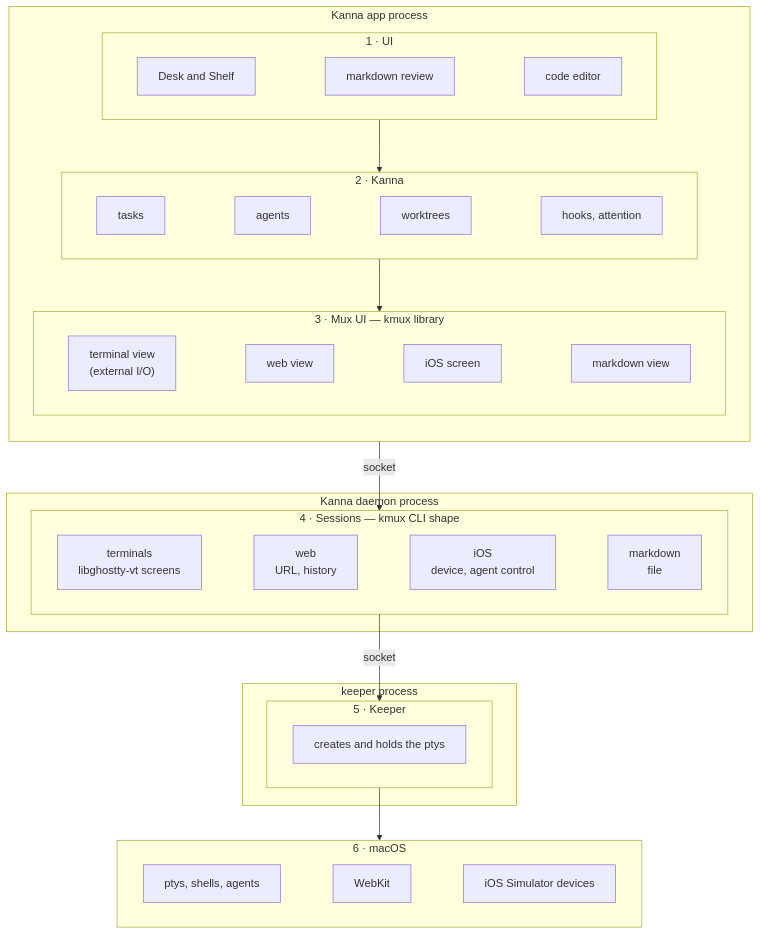
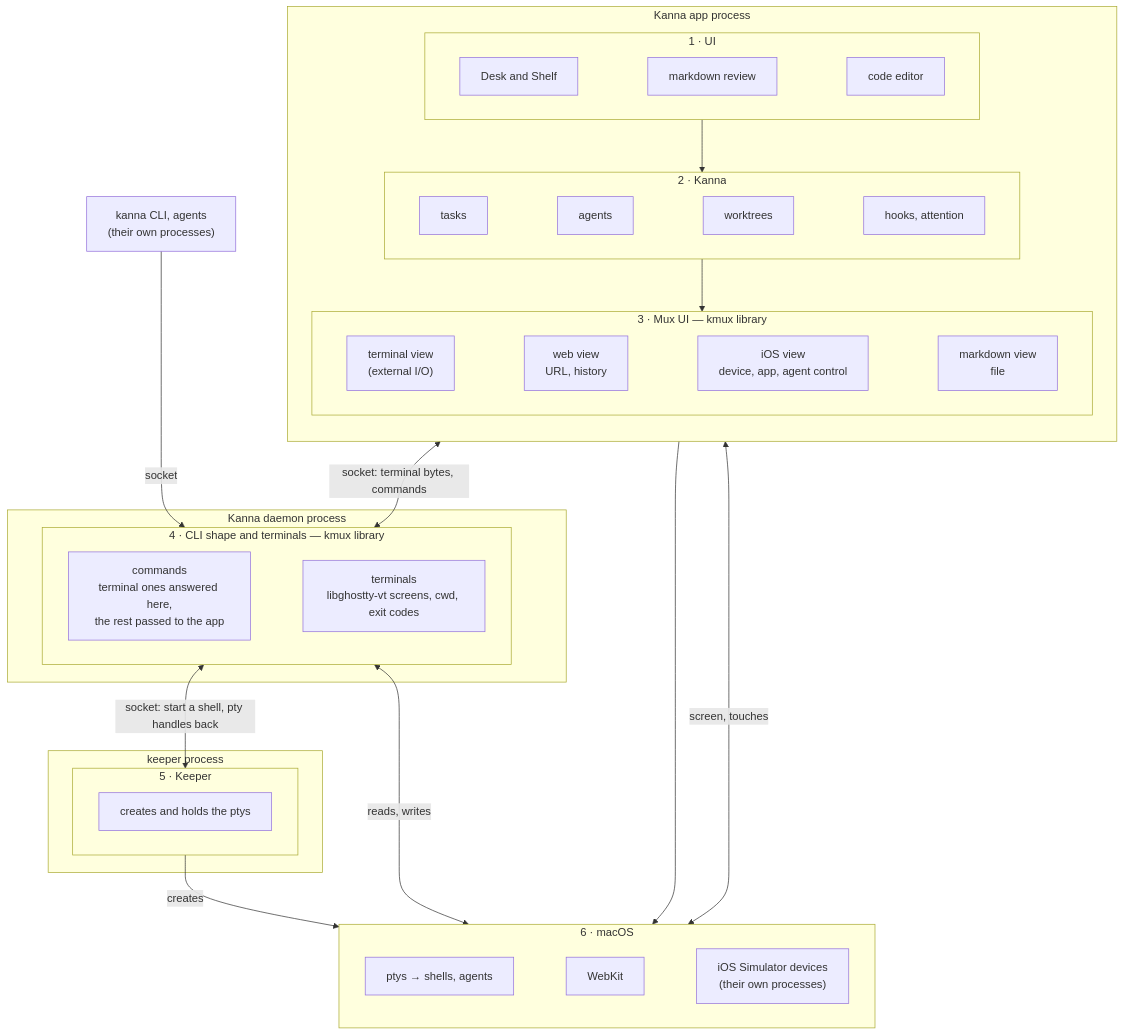
The first of 9 diagrams in docs/research/mux-architecture.md (jemdiggity/kanna-v4), drawn with Mermaid before and after one commit. The commit also changed other lines of this file, not shown here.

Commit message:
Mux architecture: only terminals live in the daemon; web, markdown and iOS are layout state

````diff
--- a/docs/research/mux-architecture.md
+++ b/docs/research/mux-architecture.md
@@ -43,37 +43,42 @@
 ```mermaid
 flowchart TB
+    CLI["kanna CLI, agents<br/>(their own processes)"]
     subgraph PAPP["Kanna app process"]
         direction TB
         subgraph L1["1 · UI"]
             direction LR
             DESK["Desk and Shelf"] ~~~ REVIEW["markdown review"] ~~~ EDIT["code editor"]
         end
         subgraph L2["2 · Kanna"]
             direction LR
             TASKS["tasks"] ~~~ AGENTS["agents"] ~~~ WT["worktrees"] ~~~ HOOKS["hooks, attention"]
         end
         subgraph L3["3 · Mux UI — kmux library"]
             direction LR
-            TV["terminal view<br/>(external I/O)"] ~~~ WV["web view"] ~~~ IV["iOS screen"] ~~~ MV["markdown view"]
+            TV["terminal view<br/>(external I/O)"] ~~~ WV["web view<br/>URL, history"] ~~~ IV["iOS view<br/>device, app, agent control"] ~~~ MV["markdown view<br/>file"]
         end
         L1 --> L2 --> L3
     end
     subgraph PD["Kanna daemon process"]
-        subgraph L4["4 · Sessions — kmux CLI shape"]
+        subgraph L4["4 · CLI shape and terminals — kmux library"]
             direction LR
-            TS["terminals<br/>libghostty-vt screens"] ~~~ WS["web<br/>URL, history"] ~~~ IS["iOS<br/>device, agent control"] ~~~ MS["markdown<br/>file"]
+            CMD["commands<br/>terminal ones answered here,<br/>the rest passed to the app"] ~~~ TS["terminals<br/>libghostty-vt screens, cwd, exit codes"]
         end
     end
     subgraph PK["keeper process"]
         subgraph L5["5 · Keeper"]
             KEEP["creates and holds the ptys"]
         end
     end
     subgraph L6["6 · macOS"]
         direction LR
-        PTY["ptys, shells, agents"] ~~~ WK["WebKit"] ~~~ SIM["iOS Simulator devices"]
+        PTY["ptys → shells, agents"] ~~~ WK["WebKit"] ~~~ SIM["iOS Simulator devices<br/>(their own processes)"]
     end
-    L3 -->|"socket"| L4
-    L4 -->|"socket"| L5
-    L5 --> L6
+    CLI -->|"socket"| L4
+    L3 <-->|"socket: terminal bytes, commands"| L4
+    L4 <-->|"socket: start a shell, pty handles back"| L5
+    L5 -->|"creates"| PTY
+    L4 <-->|"reads, writes"| PTY
+    WV --> WK
+    IV <-->|"screen, touches"| SIM
 ```
````
